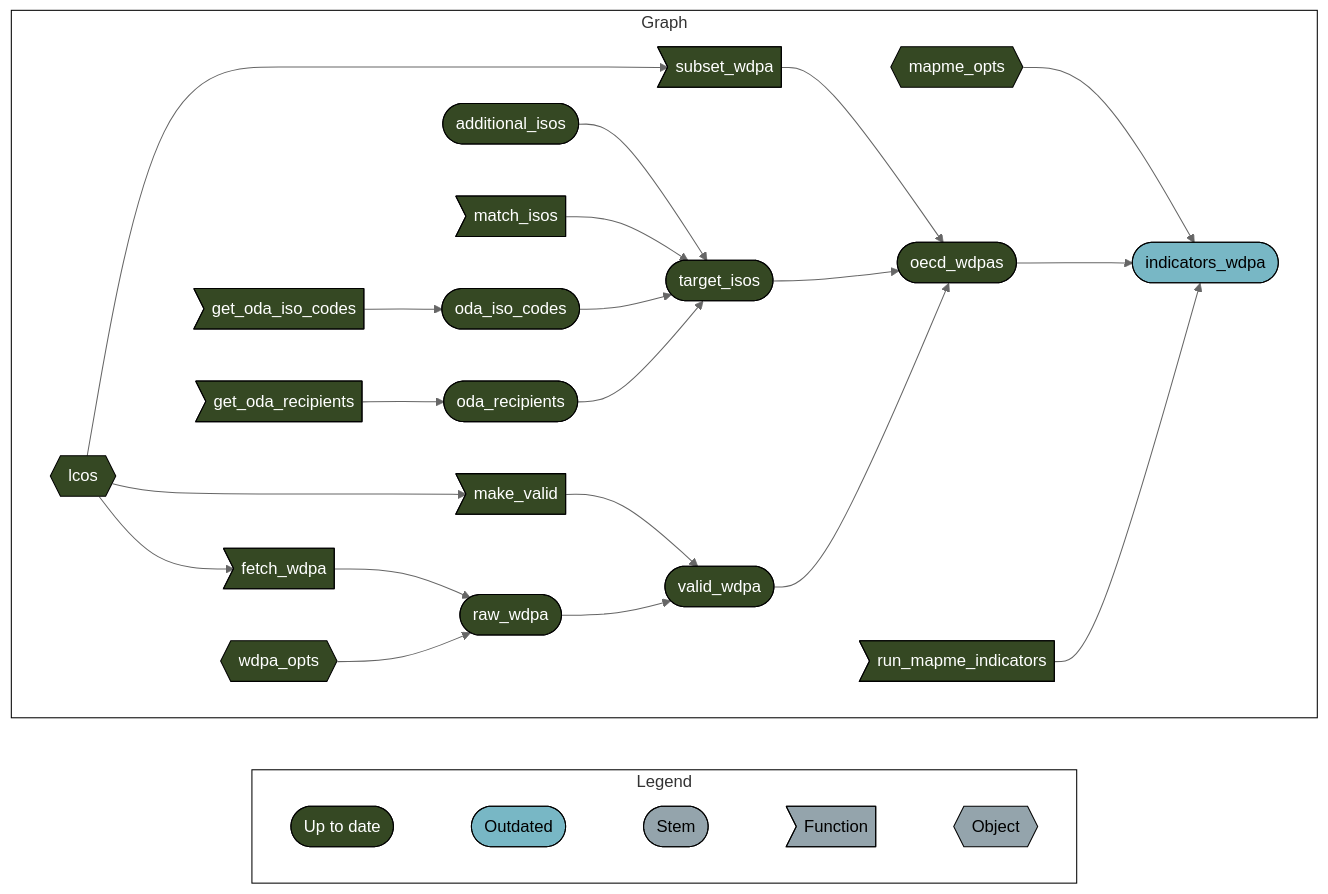
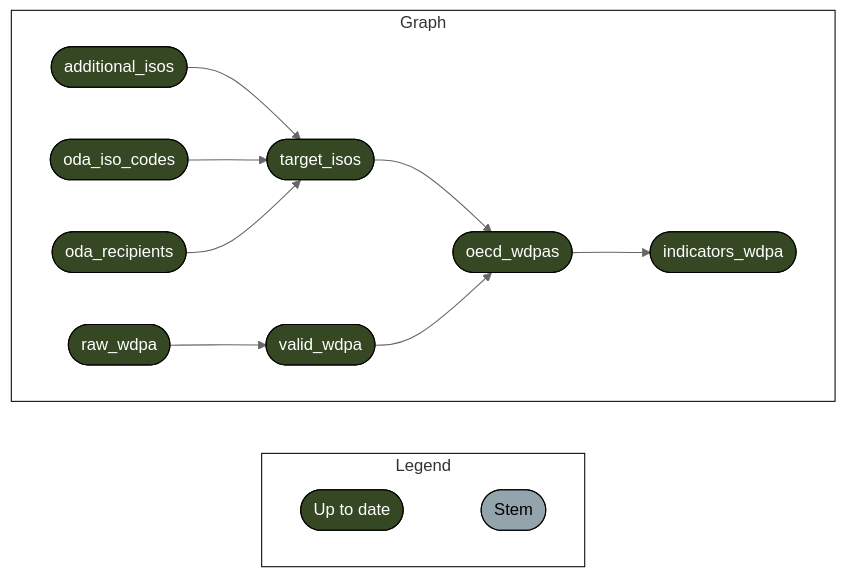
One commit to mapme-initiative/oda-portfolio changed the diagram in README.md. Above: the diagram before and after it, drawn with Mermaid (neutral theme). The commit also changed other lines of this file and 7 other files, not shown here.

````diff
--- a/README.md
+++ b/README.md
@@ -17,41 +17,22 @@
 ``` mermaid
 graph LR
   style Legend fill:#FFFFFF00,stroke:#000000;
   style Graph fill:#FFFFFF00,stroke:#000000;
   subgraph Legend
     direction LR
-    x7420bd9270f8d27d([""Up to date""]):::uptodate --- x0a52b03877696646([""Outdated""]):::outdated
-    x0a52b03877696646([""Outdated""]):::outdated --- xbf4603d6c2c2ad6b([""Stem""]):::none
-    xbf4603d6c2c2ad6b([""Stem""]):::none --- xf0bce276fe2b9d3e>""Function""]:::none
-    xf0bce276fe2b9d3e>""Function""]:::none --- x5bffbffeae195fc9{{""Object""}}:::none
+    xf1522833a4d242c5([""Up to date""]):::uptodate --- xd03d7c7dd2ddda2b([""Stem""]):::none
   end
   subgraph Graph
     direction LR
-    xcc7ed83343bdf8a1{{"lcos"}}:::uptodate --> x8856b6f5990a3ba8>"fetch_wdpa"]:::uptodate
-    xcc7ed83343bdf8a1{{"lcos"}}:::uptodate --> x9d822cf0f859ce50>"make_valid"]:::uptodate
-    xcc7ed83343bdf8a1{{"lcos"}}:::uptodate --> xbd265a4b9d1db63c>"subset_wdpa"]:::uptodate
-    xb318f1ed264477a9{{"mapme_opts"}}:::uptodate --> xe11f8af622ddaa16(["indicators_wdpa"]):::outdated
-    xfb4ac4c02bebf8e6(["oecd_wdpas"]):::uptodate --> xe11f8af622ddaa16(["indicators_wdpa"]):::outdated
-    x895e315e834819a0>"run_mapme_indicators"]:::uptodate --> xe11f8af622ddaa16(["indicators_wdpa"]):::outdated
-    xbd265a4b9d1db63c>"subset_wdpa"]:::uptodate --> xfb4ac4c02bebf8e6(["oecd_wdpas"]):::uptodate
-    x22809eca128f81ae(["target_isos"]):::uptodate --> xfb4ac4c02bebf8e6(["oecd_wdpas"]):::uptodate
-    xec33757279ddc42f(["valid_wdpa"]):::uptodate --> xfb4ac4c02bebf8e6(["oecd_wdpas"]):::uptodate
-    x9d822cf0f859ce50>"make_valid"]:::uptodate --> xec33757279ddc42f(["valid_wdpa"]):::uptodate
-    x6b39f6574778e7d1(["raw_wdpa"]):::uptodate --> xec33757279ddc42f(["valid_wdpa"]):::uptodate
-    x319e910a6aad0021>"get_oda_recipients"]:::uptodate --> x3fdd82fbb50aeb4a(["oda_recipients"]):::uptodate
-    x62b530d25a77493e(["additional_isos"]):::uptodate --> x22809eca128f81ae(["target_isos"]):::uptodate
-    xa4155ee3dee9a125>"match_isos"]:::uptodate --> x22809eca128f81ae(["target_isos"]):::uptodate
-    x219e90e900a739ff(["oda_iso_codes"]):::uptodate --> x22809eca128f81ae(["target_isos"]):::uptodate
-    x3fdd82fbb50aeb4a(["oda_recipients"]):::uptodate --> x22809eca128f81ae(["target_isos"]):::uptodate
-    x8856b6f5990a3ba8>"fetch_wdpa"]:::uptodate --> x6b39f6574778e7d1(["raw_wdpa"]):::uptodate
-    xe996beafd3492a40{{"wdpa_opts"}}:::uptodate --> x6b39f6574778e7d1(["raw_wdpa"]):::uptodate
-    x3e3995729419150e>"get_oda_iso_codes"]:::uptodate --> x219e90e900a739ff(["oda_iso_codes"]):::uptodate
+    xe48d19884caae6a1(["oecd_wdpas"]):::uptodate --> x9618f2e9856d1918(["indicators_wdpa"]):::uptodate
+    x02e849c05d317ecb(["target_isos"]):::uptodate --> xe48d19884caae6a1(["oecd_wdpas"]):::uptodate
+    xe3337c4dc7e5112a(["valid_wdpa"]):::uptodate --> xe48d19884caae6a1(["oecd_wdpas"]):::uptodate
+    x2715fa8989f923a6(["raw_wdpa"]):::uptodate --> xe3337c4dc7e5112a(["valid_wdpa"]):::uptodate
+    x6e1d21aa66fc04c7(["additional_isos"]):::uptodate --> x02e849c05d317ecb(["target_isos"]):::uptodate
+    x6313b05bb926e61b(["oda_iso_codes"]):::uptodate --> x02e849c05d317ecb(["target_isos"]):::uptodate
+    x0fa0b08105a7c0a2(["oda_recipients"]):::uptodate --> x02e849c05d317ecb(["target_isos"]):::uptodate
   end
   classDef uptodate stroke:#000000,color:#ffffff,fill:#354823;
-  classDef outdated stroke:#000000,color:#000000,fill:#78B7C5;
   classDef none stroke:#000000,color:#000000,fill:#94a4ac;
   linkStyle 0 stroke-width:0px;
-  linkStyle 1 stroke-width:0px;
-  linkStyle 2 stroke-width:0px;
-  linkStyle 3 stroke-width:0px;
 ```
````
